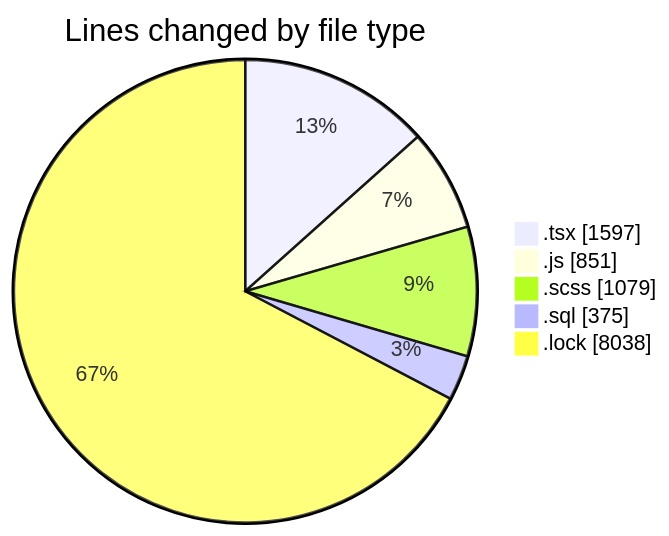
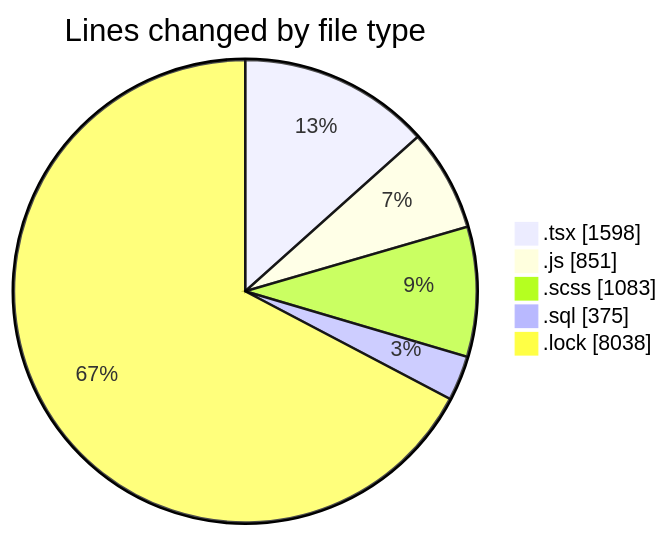
One commit to momahboobian/code-tracking changed the first of 2 diagrams in 2025-03-18/cda/README.md. Above: the diagram before and after it, drawn with Mermaid. The commit also changed other lines of this file and 1 other file, not shown here.

````diff
--- a/2025-03-18/cda/README.md
+++ b/2025-03-18/cda/README.md
@@ -32,9 +32,9 @@
 ```mermaid
 pie showData
 title Lines changed by file type
-".tsx" : 1597
+".tsx" : 1598
 ".js" : 851
-".scss" : 1079
+".scss" : 1083
 ".sql" : 375
 ".lock" : 8038
 ```
````
